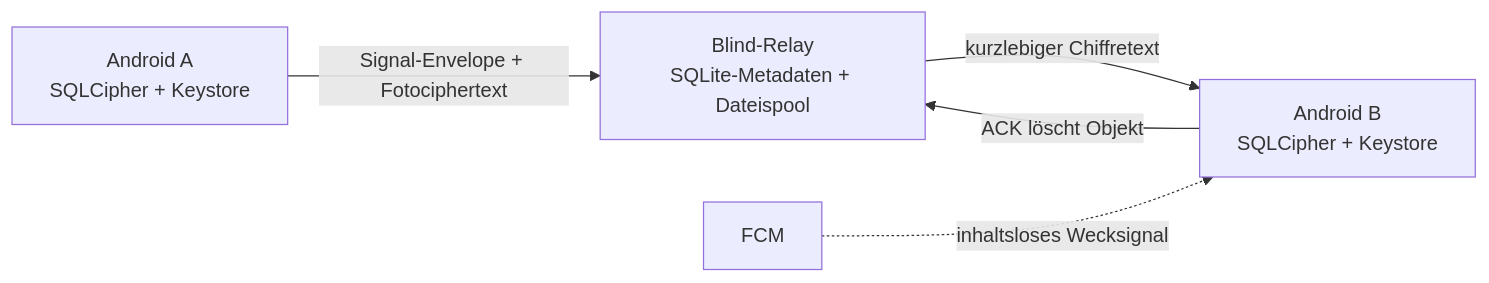
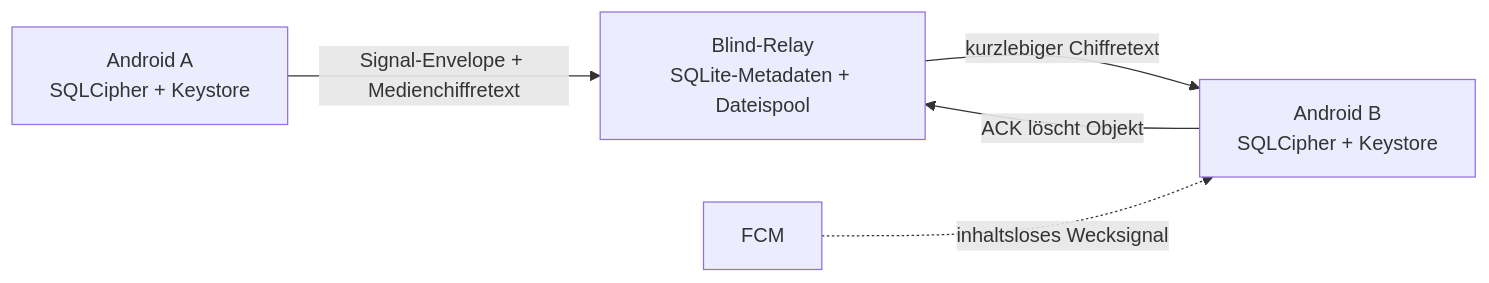
The diagram in docs/architecture.md (ayalpani/lovedoves), drawn with Mermaid before and after one commit. The commit also changed other lines of this file and 33 other files, not shown here.

Commit message:
Add secure emoji and video media flow

````diff
--- a/docs/architecture.md
+++ b/docs/architecture.md
@@ -7,7 +7,7 @@
 ```mermaid
 flowchart LR
-  A["Android A\nSQLCipher + Keystore"] -->|"Signal-Envelope + Fotociphertext"| R["Blind-Relay\nSQLite-Metadaten + Dateispool"]
+  A["Android A\nSQLCipher + Keystore"] -->|"Signal-Envelope + Medienchiffretext"| R["Blind-Relay\nSQLite-Metadaten + Dateispool"]
   R -->|"kurzlebiger Chiffretext"| B["Android B\nSQLCipher + Keystore"]
   B -->|"ACK löscht Objekt"| R
   F["FCM"] -. "inhaltsloses Wecksignal" .-> B
 ```
````
